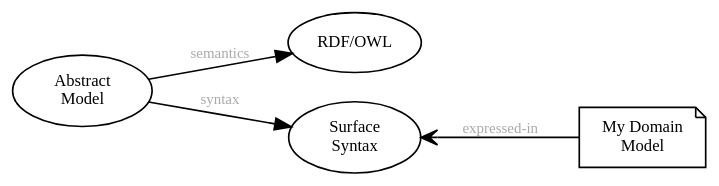
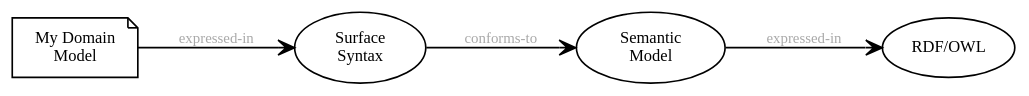
Before and after one commit to sdm-lang/tree-sitter-sdml: the first of 3 diagrams in docs/introduction.org, drawn with Graphviz. The commit also changed other lines of this file and 7 other files, not shown here.

```diff
--- a/docs/introduction.org
+++ b/docs/introduction.org
@@ -15,18 +19,17 @@
 #+BEGIN_SRC dot :file sdml-overview.png :exports results
 digraph G {
   bgcolor="transparent";
   rankdir="LR";
   node [fontsize=10];
   edge [fontsize=9; fontcolor=darkgrey];
-  
-  abstract [shape=ellipse; label="Abstract\nModel"];
 
-  rdf [shape=ellipse; label="RDF/OWL"];
-  sdml [shape=ellipse; label="Surface\nSyntax"];  
-  abstract -> rdf [label="semantics"];  
-  abstract -> sdml [label="syntax"];
+  instance [shape="note"; label="My Domain\nModel"];
+  sdml [shape="ellipse"; label="Surface\nSyntax"];  
+  semantics [shape="ellipse"; label="Semantic\nModel"];
+  rdf [shape="ellipse"; label="RDF/OWL"];
 
-  concrete [shape=note; label="My Domain\nModel"];
-  sdml -> concrete [arrowtail=open; dir=back; label="expressed-in"];
+  instance -> sdml [arrowhead="open"; label="expressed-in"];
+  sdml -> semantics [arrowhead="open"; label="conforms-to"];
+  semantics -> rdf [arrowhead="open"; label="expressed-in"];
 }
 #+END_SRC
```
